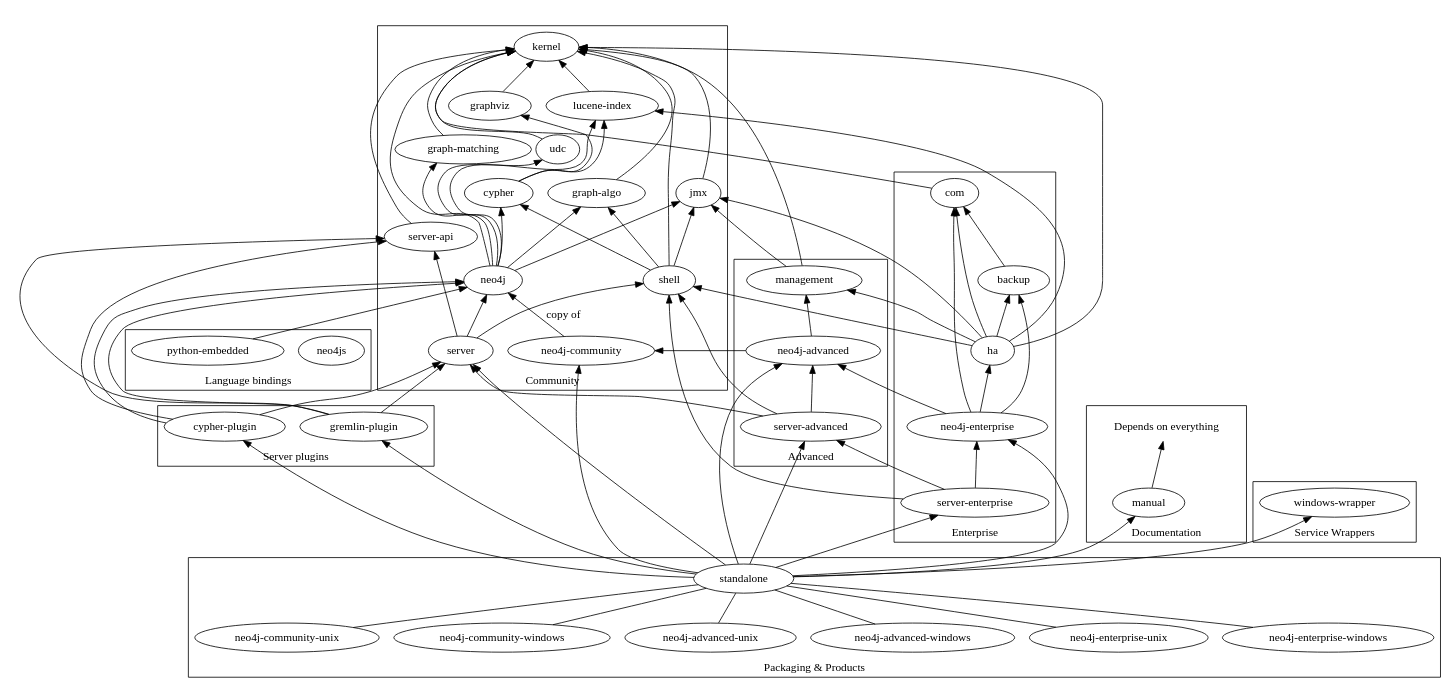
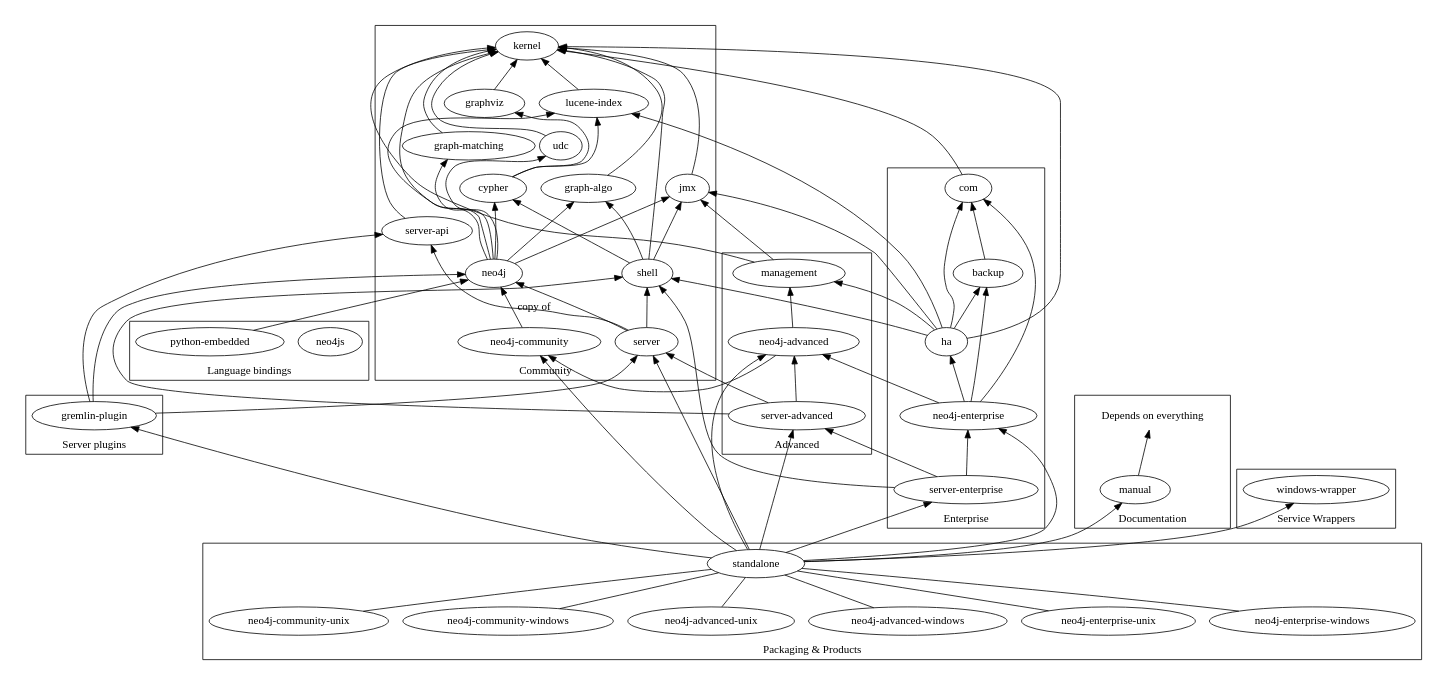
One commit to neo4j/neo4j changed the diagram in manual/src/main/dot/artifacts.dot. Above: the diagram before and after it, drawn with Graphviz. The commit also changed 20 other files, not shown here.

Commit message:
Removed cypher plugin from the product.

```diff
--- a/manual/src/main/dot/artifacts.dot
+++ b/manual/src/main/dot/artifacts.dot
@@ -1,111 +1,107 @@
 digraph g{
  graph [rankdir="BT" size="9.0,7.0"]
 
 subgraph cluster_community {
  label="Community"
  "lucene-index" -> "kernel"
  "jmx" -> "kernel"
  "graph-algo" -> "kernel"
  "graph-matching" -> "kernel"
  "graphviz" -> "kernel"
  "cypher" -> "lucene-index"
  "cypher" -> "graphviz"
  "shell" -> "kernel"
  "shell" -> "jmx"
  "shell" -> "graph-algo"
  "shell" -> "cypher"
  "udc" -> "kernel"
  "neo4j" -> "kernel"
  "neo4j" -> "lucene-index"
  "neo4j" -> "graph-algo"
  "neo4j" -> "graph-matching"
  "neo4j" -> "udc"
  "neo4j" -> "jmx"
  "neo4j" -> "cypher"
  "neo4j-community" -> "neo4j" [label="copy of"]
  "server-api" -> "kernel"
  "server" -> "server-api"
  "server" -> "neo4j"
  "server" -> "shell"
 }
 
 subgraph cluster_advanced {
  label="Advanced"
  "management" -> "kernel"
  "management" -> "jmx"
  "neo4j-advanced" -> "neo4j-community"
  "neo4j-advanced" -> "management"
  "server-advanced" -> "server"
  "server-advanced" -> "neo4j-advanced"
  "server-advanced" -> "shell"
 }
 
 subgraph cluster_enterprise {
  label="Enterprise"
  "com" -> "kernel"
  "backup" -> "com"
  "ha" -> "kernel"
  "ha" -> "jmx"
  "ha" -> "management"
  "ha" -> "backup"
  "ha" -> "lucene-index"
  "ha" -> "com"
  "ha" -> "shell"
  "neo4j-enterprise" -> "neo4j-advanced"
  "neo4j-enterprise" -> "com"
  "neo4j-enterprise" -> "backup"
  "neo4j-enterprise" -> "ha"
  "server-enterprise" -> "server-advanced"
  "server-enterprise" -> "neo4j-enterprise"
  "server-enterprise" -> "shell" 
 }
 
 subgraph cluster_serverplugins {
  label="Server plugins"
- "cypher-plugin" -> "server"
- "cypher-plugin" -> "neo4j"
- "cypher-plugin" -> "server-api"
  "gremlin-plugin" -> "server-api"
  "gremlin-plugin" -> "server"
  "gremlin-plugin" -> "neo4j"
 }
 
 subgraph cluster_langs {
  label="Language bindings"
  "neo4js"
  "python-embedded" -> "neo4j"
 }
 
 subgraph cluster_docs {
  label="Documentation"
  "manual" -> "Depends on everything"
  "Depends on everything" [shape="plaintext"]
 }
 
 subgraph cluster_wrappers {
  label="Service Wrappers"
  "windows-wrapper"
 }
 
 
 subgraph cluster_packaging {
  label="Packaging & Products"
  "standalone" -> "neo4j-community"
  "standalone" -> "server"
  "standalone" -> "neo4j-advanced"
  "standalone" -> "server-advanced"
  "standalone" -> "neo4j-enterprise"
  "standalone" -> "server-enterprise"
- "standalone" -> "cypher-plugin"
  "standalone" -> "gremlin-plugin"
  "standalone" -> "windows-wrapper"
  "standalone" -> "manual"
  "neo4j-enterprise-windows" -> "standalone" [arrowhead="none"]
  "neo4j-enterprise-unix" -> "standalone" [arrowhead="none"]
  "neo4j-advanced-windows" -> "standalone" [arrowhead="none"]
  "neo4j-advanced-unix" -> "standalone" [arrowhead="none"]
  "neo4j-community-windows" -> "standalone" [arrowhead="none"]
  "neo4j-community-unix" -> "standalone" [arrowhead="none"]
 }
 
 }
```
